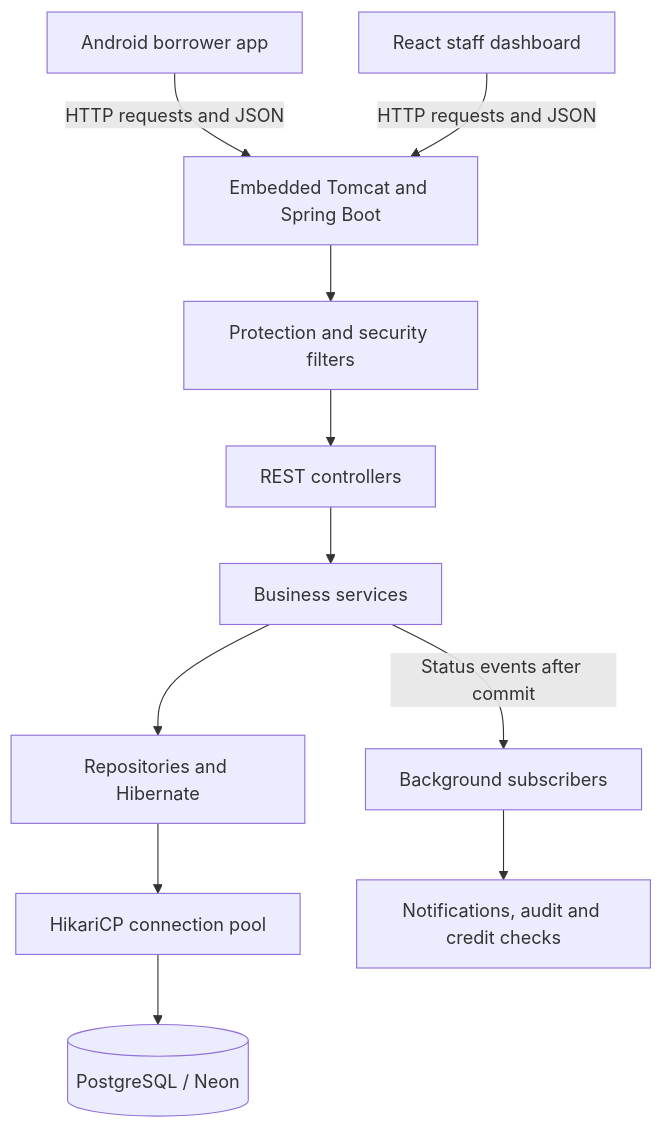
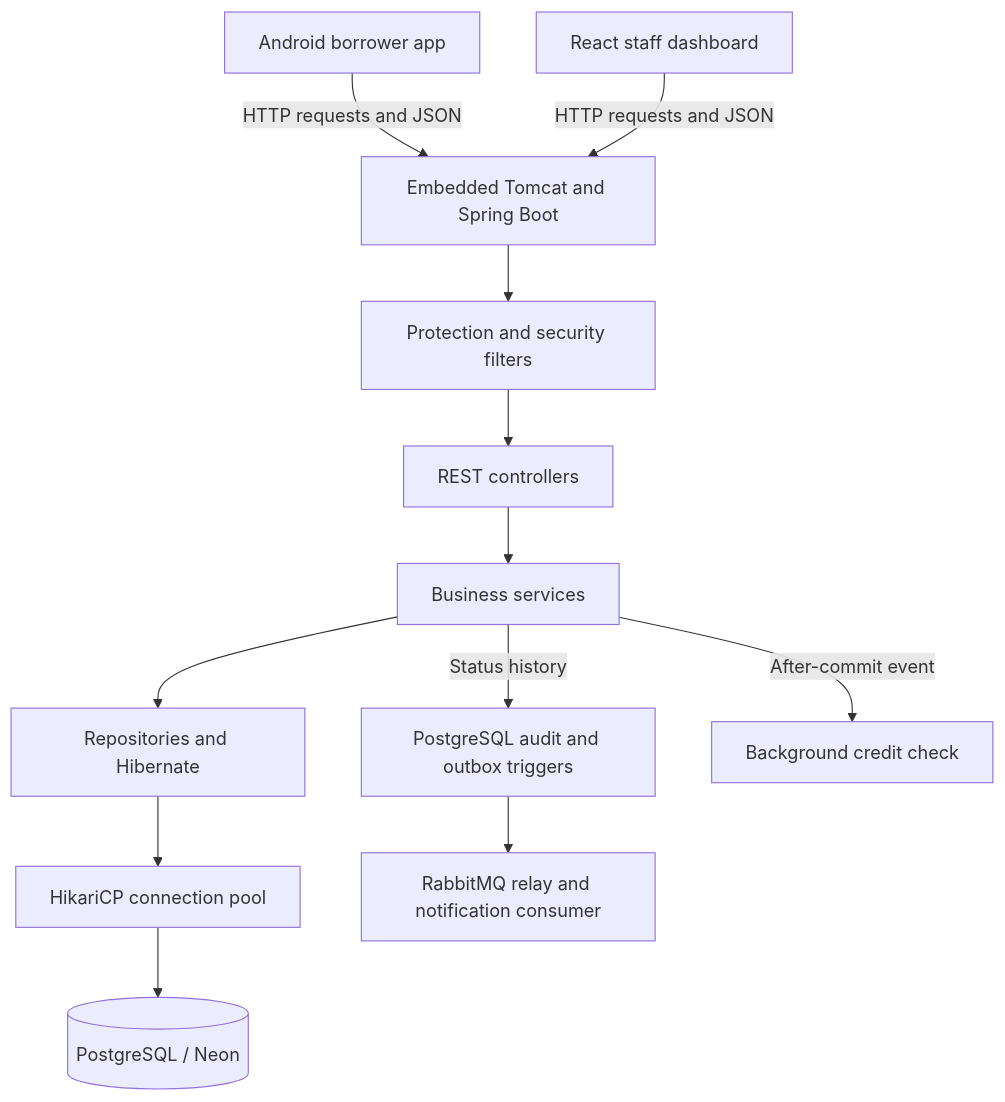
Before and after one commit to DenisJunior-3743/Client-server-BSE4: the diagram in docs/SPRING-BOOT-GUIDE.md, drawn with Mermaid. The commit also changed other lines of this file and 27 other files, not shown here.

Commit message:
Add transactional loan triggers, stored procedures and RabbitMQ messaging

````diff
--- a/docs/SPRING-BOOT-GUIDE.md
+++ b/docs/SPRING-BOOT-GUIDE.md
@@ -35,13 +35,14 @@
 ```mermaid
 flowchart TD
     A[Android borrower app] -->|HTTP requests and JSON| B[Embedded Tomcat and Spring Boot]
     C[React staff dashboard] -->|HTTP requests and JSON| B
     B --> D[Protection and security filters]
     D --> E[REST controllers]
     E --> F[Business services]
     F --> G[Repositories and Hibernate]
     G --> H[HikariCP connection pool]
     H --> I[(PostgreSQL / Neon)]
-    F -->|Status events after commit| J[Background subscribers]
-    J --> K[Notifications, audit and credit checks]
+    F -->|Status history| J[PostgreSQL audit and outbox triggers]
+    J --> K[RabbitMQ relay and notification consumer]
+    F -->|After-commit event| L[Background credit check]
 ```
````
